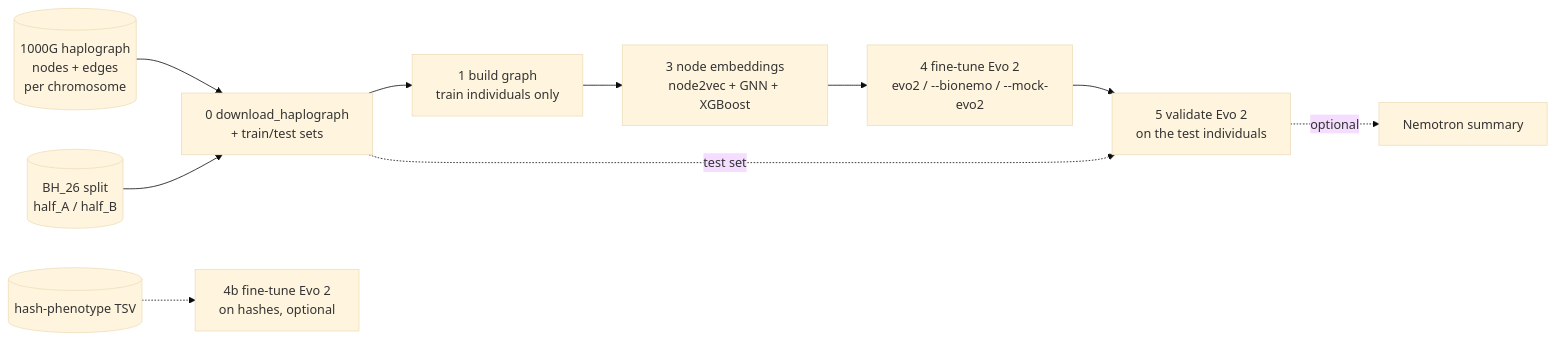
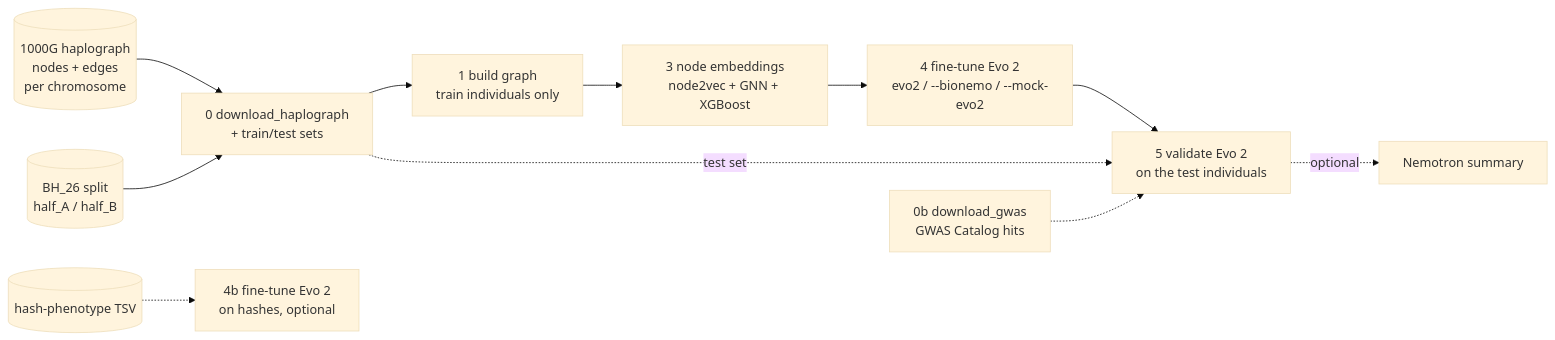
Before and after one commit to collaborativebioinformatics/GenoPheno_Embedding_Validator: the diagram in DOCUMENTATION.md, drawn with Mermaid (base theme). The commit also changed other lines of this file and 7 other files, not shown here.

Commit message:
Add GWAS step: download_gwas.py and gwas_enrichment for catalog hit lists

````diff
--- a/DOCUMENTATION.md
+++ b/DOCUMENTATION.md
@@ -16,12 +16,13 @@
 ```mermaid
 flowchart LR
     D[(1000G haplograph<br/>nodes + edges<br/>per chromosome)] --> S0[0 download_haplograph<br/>+ train/test sets]
     SP[(BH_26 split<br/>half_A / half_B)] --> S0
     S0 --> S1[1 build graph<br/>train individuals only]
     S1 --> S3[3 node embeddings<br/>node2vec + GNN + XGBoost]
     S3 --> S4[4 fine-tune Evo 2<br/>evo2 / --bionemo / --mock-evo2]
     H[(hash-phenotype TSV)] -.-> S4b[4b fine-tune Evo 2<br/>on hashes, optional]
     S4 --> S5[5 validate Evo 2<br/>on the test individuals]
     S0 -.test set.-> S5
+    S0b[0b download_gwas<br/>GWAS Catalog hits] -.-> S5
     S5 -.optional.-> N[Nemotron summary]
 ```
````
